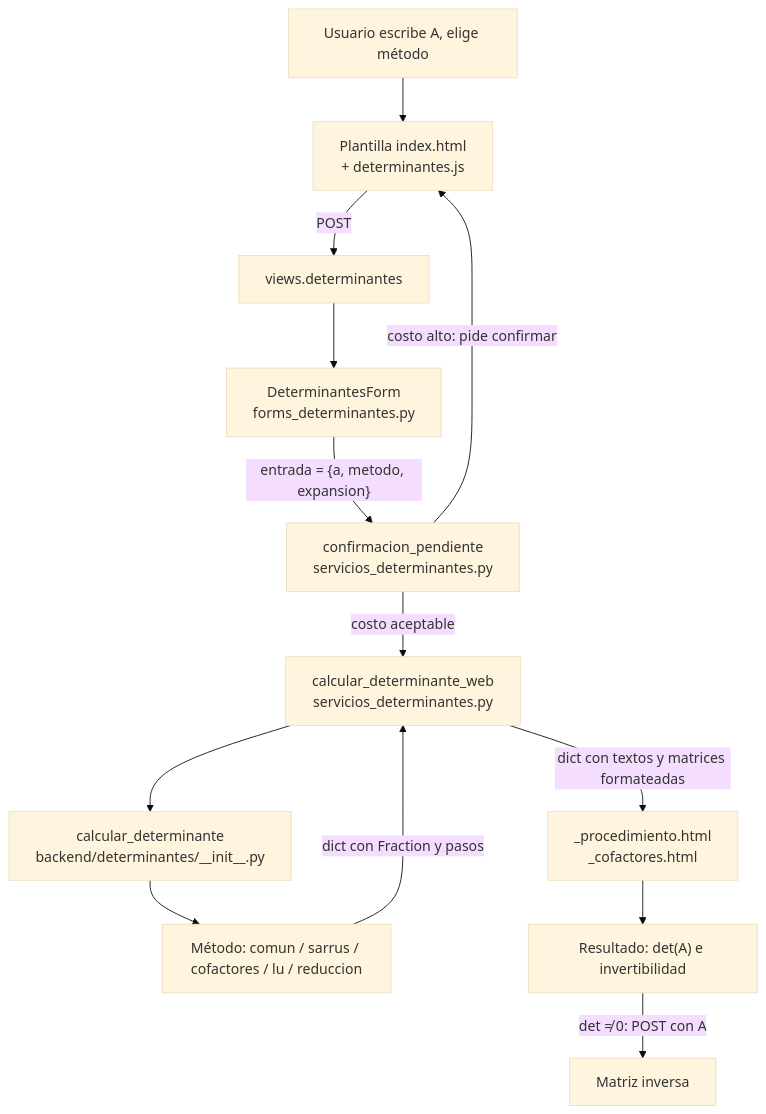
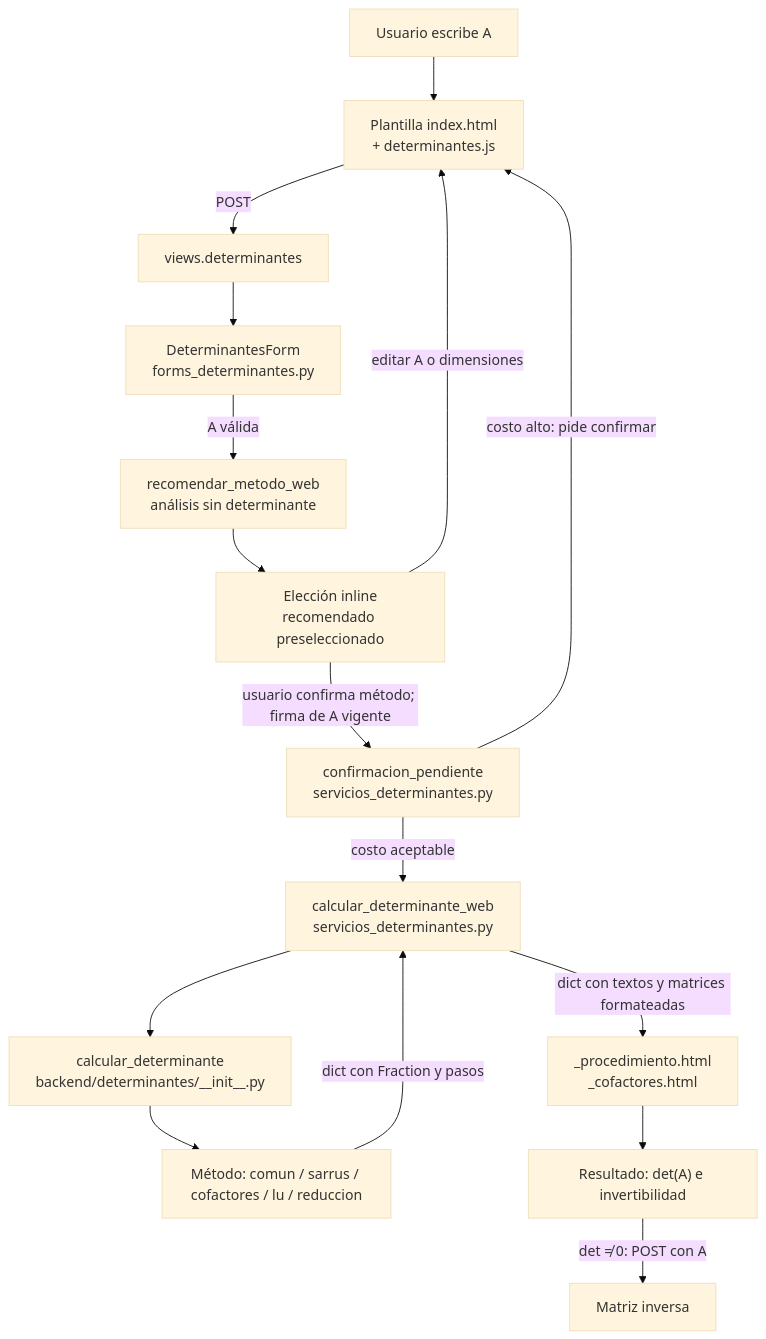
One commit to rodolfo-collado/Algebra-Lineal changed the first of 2 diagrams in docs/determinantes.md. Above: the diagram before and after it, drawn with Mermaid (base theme). The commit also changed other lines of this file and 2 other files, not shown here.

Commit message:
docs: explicar el flujo educativo de determinantes

````diff
--- a/docs/determinantes.md
+++ b/docs/determinantes.md
@@ -30,15 +30,18 @@
 ```mermaid
 flowchart TD
-    U["Usuario escribe A, elige método"] --> T["Plantilla index.html<br/>+ determinantes.js"]
+    U["Usuario escribe A"] --> T["Plantilla index.html<br/>+ determinantes.js"]
     T -->|POST| V["views.determinantes"]
     V --> F["DeterminantesForm<br/>forms_determinantes.py"]
-    F -->|"entrada = {a, metodo, expansion}"| C["confirmacion_pendiente<br/>servicios_determinantes.py"]
+    F -->|"A válida"| A["recomendar_metodo_web<br/>análisis sin determinante"]
+    A --> E["Elección inline<br/>recomendado preseleccionado"]
+    E -->|"usuario confirma método; firma de A vigente"| C["confirmacion_pendiente<br/>servicios_determinantes.py"]
+    E -->|"editar A o dimensiones"| T
     C -->|"costo alto: pide confirmar"| T
     C -->|"costo aceptable"| W["calcular_determinante_web<br/>servicios_determinantes.py"]
     W --> B["calcular_determinante<br/>backend/determinantes/__init__.py"]
     B --> M["Método: comun / sarrus / cofactores / lu / reduccion"]
     M -->|"dict con Fraction y pasos"| W
     W -->|"dict con textos y matrices formateadas"| P["_procedimiento.html<br/>_cofactores.html"]
     P --> R["Resultado: det(A) e invertibilidad"]
     R -->|"det ≠ 0: POST con A"| I["Matriz inversa"]
 ```
````
